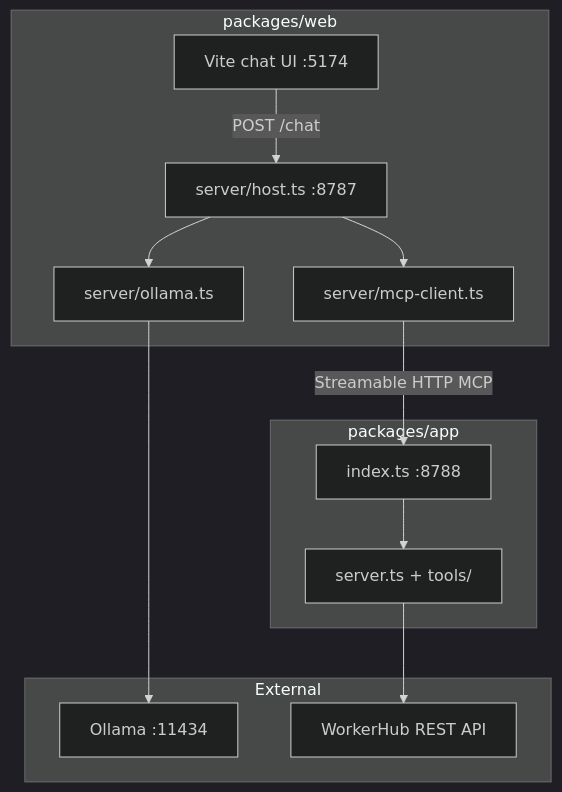
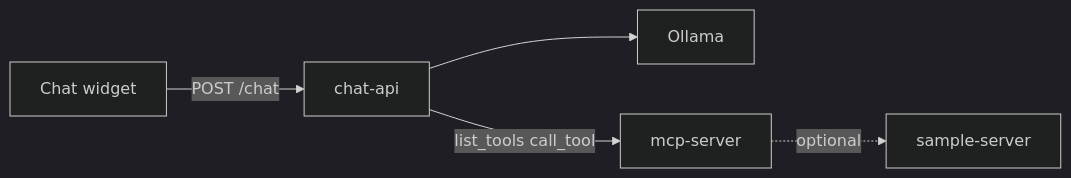
One commit to sudheeshshetty/mcp-template changed the diagram in README.md. Above: the diagram before and after it, drawn with Mermaid (dark theme). The commit also changed other lines of this file and 56 other files, not shown here.

Commit message:
feat: public embeddable MCP chat template (Ollama + split services)

````diff
--- a/README.md
+++ b/README.md
@@ -18,27 +19,7 @@
 ```mermaid
-flowchart TB
-  subgraph webPkg [packages/web]
-    UI[Vite chat UI :5174]
-    Host[server/host.ts :8787]
-    Ollama[server/ollama.ts]
-    McpClient[server/mcp-client.ts]
-    UI -->|POST /chat| Host
-    Host --> Ollama
-    Host --> McpClient
-  end
-
-  subgraph appPkg [packages/app]
-    McpIndex[index.ts :8788]
-    McpServer[server.ts + tools/]
-    McpIndex --> McpServer
-  end
-
-  subgraph external [External]
-    Llama[Ollama :11434]
-    WH[WorkerHub REST API]
-  end
-
-  Ollama --> Llama
-  McpClient -->|Streamable HTTP MCP| McpIndex
-  McpServer --> WH
+flowchart LR
+  UI[Chat widget] -->|POST /chat| API[chat-api]
+  API --> Llama[Ollama]
+  API -->|list_tools call_tool| MCP[mcp-server]
+  MCP -.->|optional| Sample[sample-server]
 ```
````
